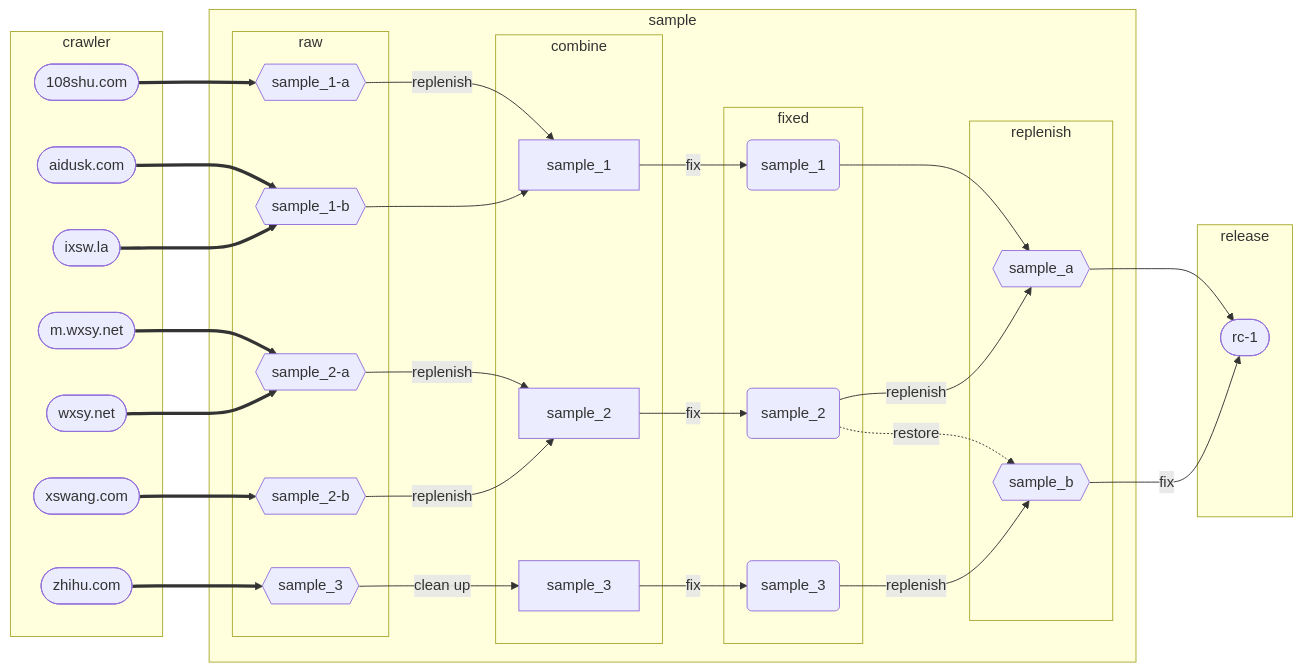
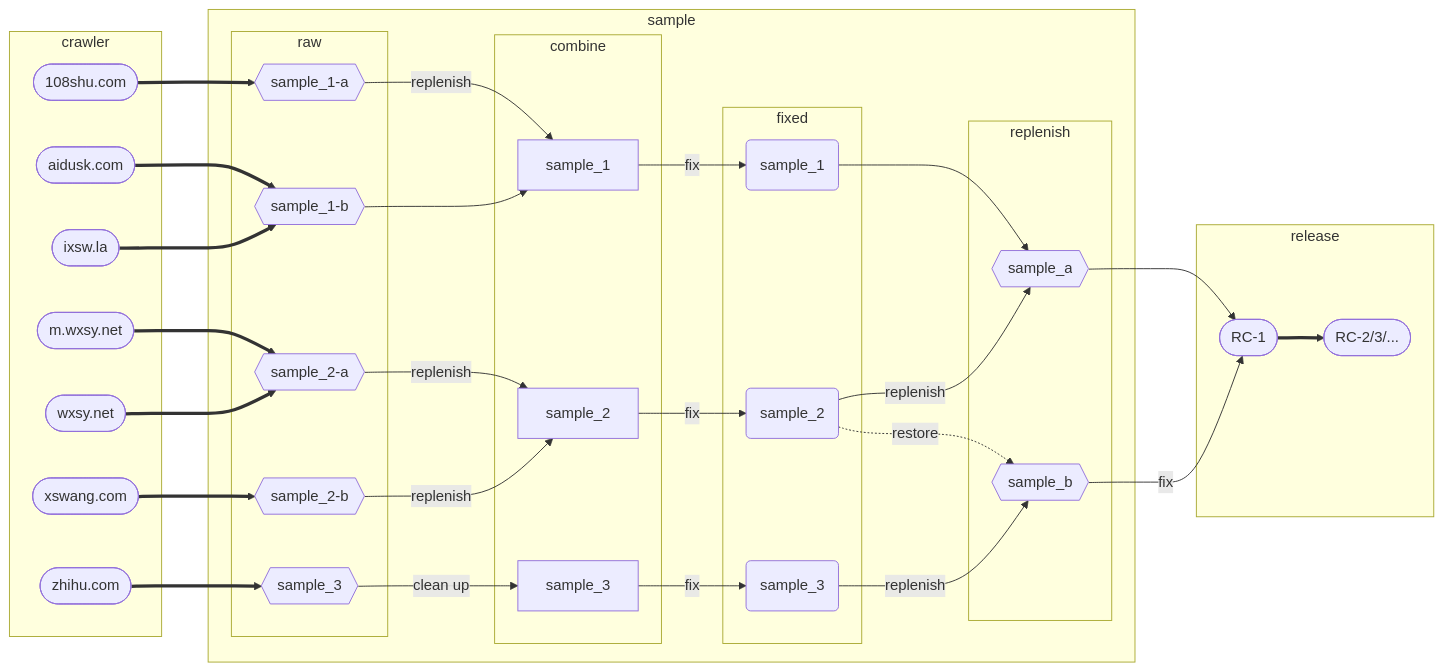
The diagram in README.md (dnomd343/xxrs-crawler), drawn with Mermaid before and after one commit. The commit also changed other lines of this file, not shown here.

Commit message:
docs: update describe figure

````diff
--- a/README.md
+++ b/README.md
@@ -3,69 +3,72 @@
 ```mermaid
   graph LR
-    subgraph crawler
-      source_1([108shu.com])
-      source_2([aidusk.com])
-      source_3([ixsw.la])
-      source_4([m.wxsy.net])
-      source_5([wxsy.net])
-      source_6([xswang.com])
-      source_7([zhihu.com])
+
+  subgraph crawler
+    source_1([108shu.com])
+    source_2([aidusk.com])
+    source_3([ixsw.la])
+    source_4([m.wxsy.net])
+    source_5([wxsy.net])
+    source_6([xswang.com])
+    source_7([zhihu.com])
+  end
+
+  subgraph sample
+    subgraph raw
+      s1a_raw{{sample_1-a}}
+      s1b_raw{{sample_1-b}}
+      s2a_raw{{sample_2-a}}
+      s2b_raw{{sample_2-b}}
+      s3_raw{{sample_3}}
     end
 
-    subgraph sample
-      subgraph raw
-        s1a_raw{{sample_1-a}}
-        s1b_raw{{sample_1-b}}
-        s2a_raw{{sample_2-a}}
-        s2b_raw{{sample_2-b}}
-        s3_raw{{sample_3}}
-      end
-
-      subgraph combine
-        s1_combine[sample_1]
-        s2_combine[sample_2]
-        s3_combine[sample_3]
-      end
-
-      subgraph fixed
-        s1_fixed(sample_1)
-        s2_fixed(sample_2)
-        s3_fixed(sample_3)
-      end
-
-      subgraph replenish
-        sa{{sample_a}}
-        sb{{sample_b}}
-      end
-
-      source_1 ==> s1a_raw
-      source_2 ==> s1b_raw
-      source_3 ==> s1b_raw
-      source_4 ==> s2a_raw
-      source_5 ==> s2a_raw
-      source_6 ==> s2b_raw
-      source_7 ==> s3_raw
-
-      s1a_raw -- replenish --> s1_combine
-      s1b_raw --> s1_combine
-      s2a_raw -- replenish --> s2_combine
-      s2b_raw -- replenish --> s2_combine
-      s3_raw -- clean up --> s3_combine
-
-      s1_combine -- fix --> s1_fixed
-      s2_combine -- fix --> s2_fixed
-      s3_combine -- fix --> s3_fixed
-
-      s1_fixed --> sa
-      s2_fixed -- replenish --> sa
-      s2_fixed -. restore .-> sb
-      s3_fixed -- replenish --> sb
+    subgraph combine
+      s1_combine[sample_1]
+      s2_combine[sample_2]
+      s3_combine[sample_3]
     end
 
-    subgraph release
-      rc-1([rc-1])
+    subgraph fixed
+      s1_fixed(sample_1)
+      s2_fixed(sample_2)
+      s3_fixed(sample_3)
+    end
 
-      sa --> rc-1
-      sb -- fix --> rc-1
+    subgraph replenish
+      sa{{sample_a}}
+      sb{{sample_b}}
     end
+
+    source_1 ==> s1a_raw
+    source_2 ==> s1b_raw
+    source_3 ==> s1b_raw
+    source_4 ==> s2a_raw
+    source_5 ==> s2a_raw
+    source_6 ==> s2b_raw
+    source_7 ==> s3_raw
+
+    s1a_raw -- replenish --> s1_combine
+    s1b_raw --> s1_combine
+    s2a_raw -- replenish --> s2_combine
+    s2b_raw -- replenish --> s2_combine
+    s3_raw -- clean up --> s3_combine
+
+    s1_combine -- fix --> s1_fixed
+    s2_combine -- fix --> s2_fixed
+    s3_combine -- fix --> s3_fixed
+
+    s1_fixed --> sa
+    s2_fixed -- replenish --> sa
+    s2_fixed -. restore .-> sb
+    s3_fixed -- replenish --> sb
+  end
+
+  subgraph release
+    rc-1([RC-1])
+    rc-n([RC-2/3/...])
+    sa --> rc-1
+    sb -- fix --> rc-1
+    rc-1 ==> rc-n
+  end
+
 ```
````
